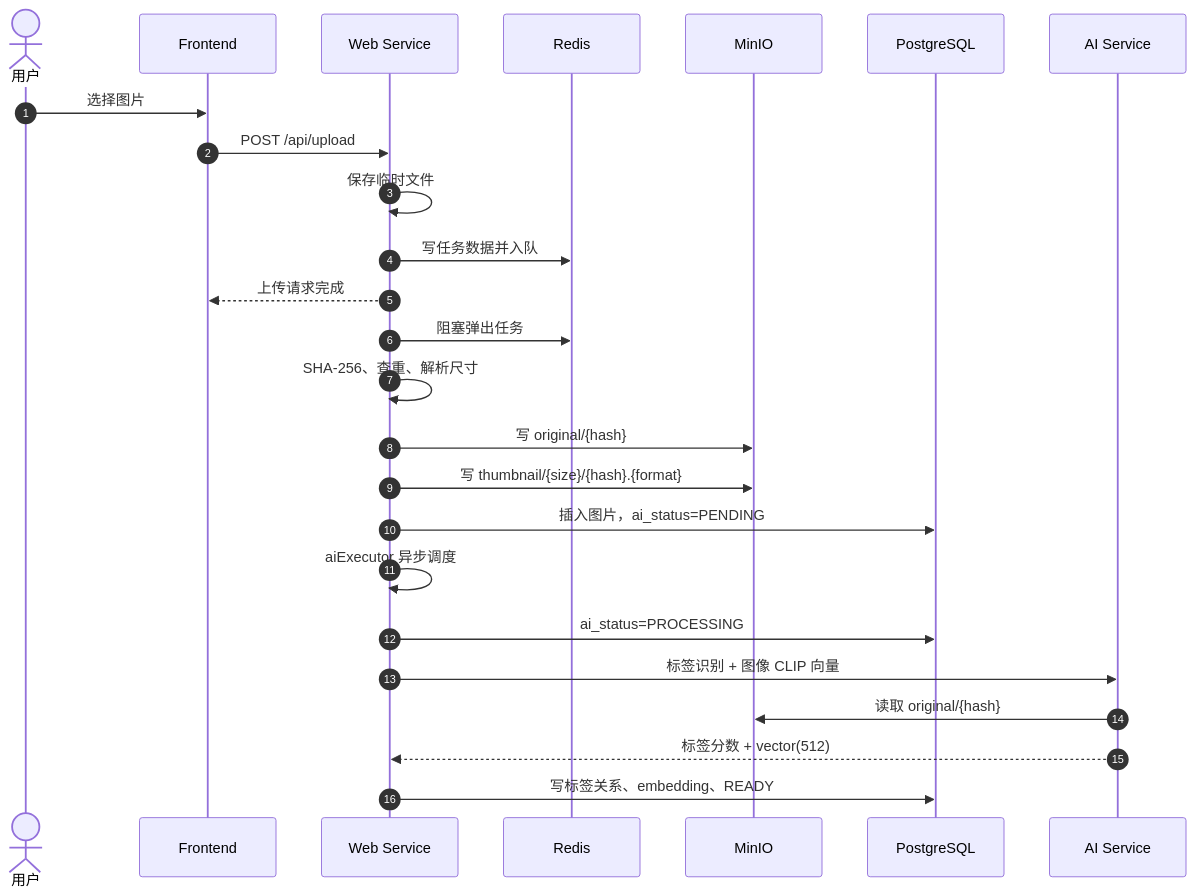
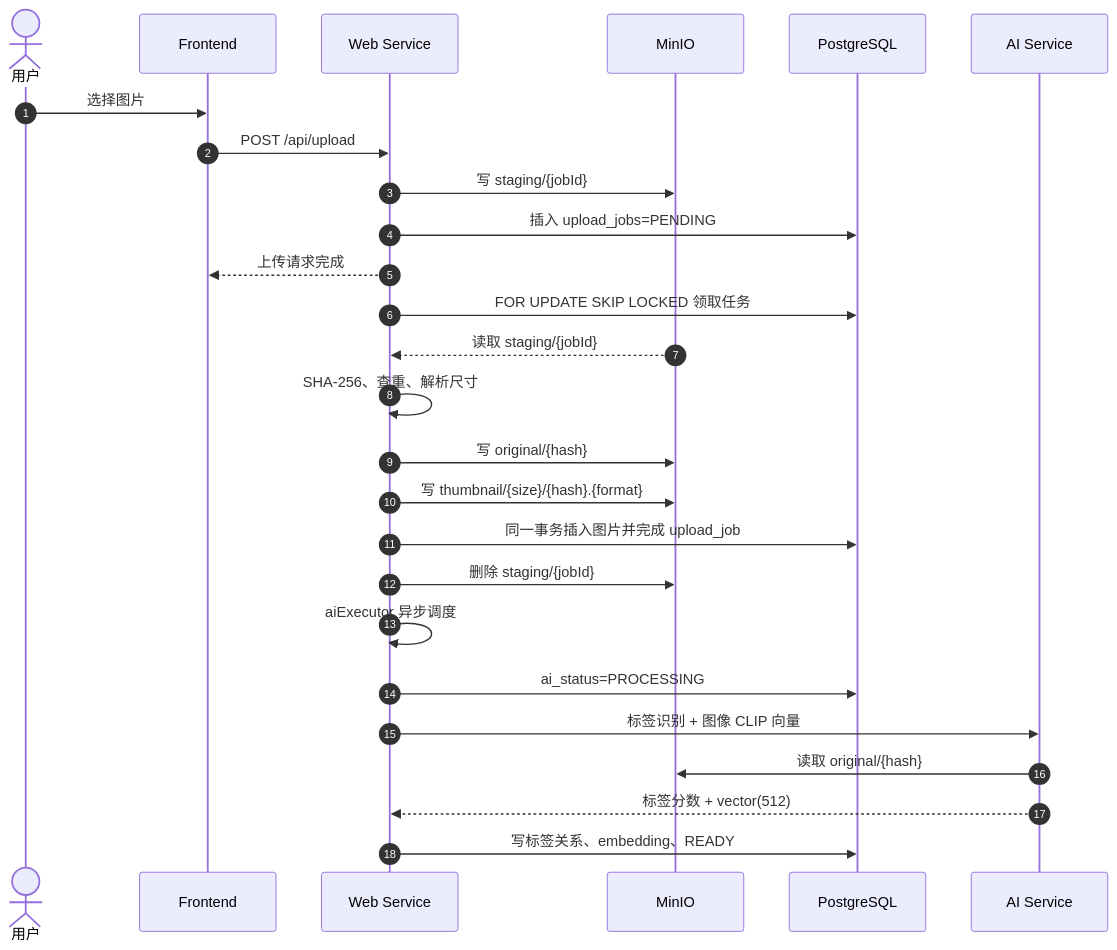
One commit to tamakara/bakabooru changed the second of 3 diagrams in docs/architecture.md. Above: the diagram before and after it, drawn with Mermaid. The commit also changed other lines of this file and 31 other files, not shown here.

````diff
--- a/docs/architecture.md
+++ b/docs/architecture.md
@@ -50,29 +47,30 @@
 ```mermaid
 sequenceDiagram
     autonumber
     actor U as 用户
     participant F as Frontend
     participant W as Web Service
-    participant R as Redis
     participant M as MinIO
     participant P as PostgreSQL
     participant A as AI Service
 
     U->>F: 选择图片
     F->>W: POST /api/upload
-    W->>W: 保存临时文件
-    W->>R: 写任务数据并入队
+    W->>M: 写 staging/{jobId}
+    W->>P: 插入 upload_jobs=PENDING
     W-->>F: 上传请求完成
 
-    W->>R: 阻塞弹出任务
+    W->>P: FOR UPDATE SKIP LOCKED 领取任务
+    M-->>W: 读取 staging/{jobId}
     W->>W: SHA-256、查重、解析尺寸
     W->>M: 写 original/{hash}
     W->>M: 写 thumbnail/{size}/{hash}.{format}
-    W->>P: 插入图片，ai_status=PENDING
+    W->>P: 同一事务插入图片并完成 upload_job
+    W->>M: 删除 staging/{jobId}
     W->>W: aiExecutor 异步调度
     W->>P: ai_status=PROCESSING
     W->>A: 标签识别 + 图像 CLIP 向量
     A->>M: 读取 original/{hash}
     A-->>W: 标签分数 + vector(512)
     W->>P: 写标签关系、embedding、READY
 ```
````
